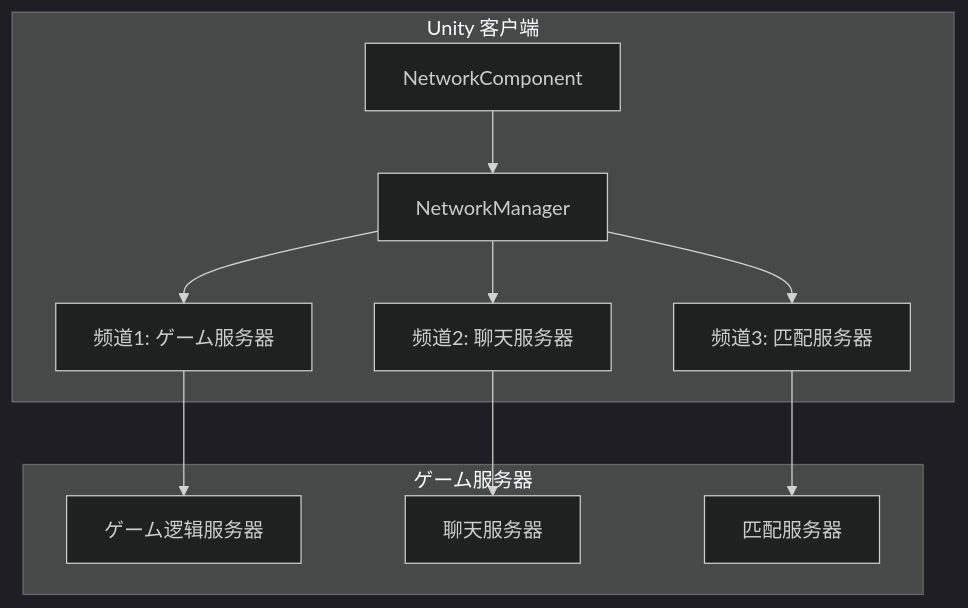
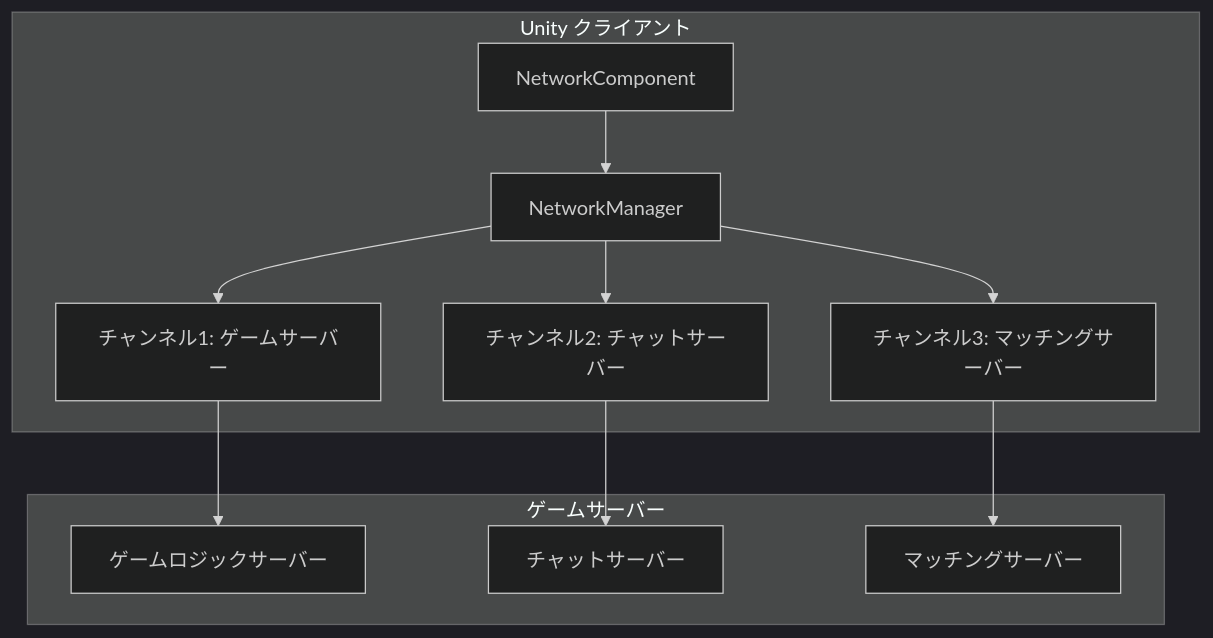
One commit to AlianBlank/GameFrameX.Docs changed the seventh of 7 diagrams in docs/ja/client/unity/component/network/01.overview.md. Above: the diagram before and after it, drawn with Mermaid (dark theme). The commit also changed other lines of this file and 320 other files, not shown here.

````diff
--- a/docs/ja/client/unity/component/network/01.overview.md
+++ b/docs/ja/client/unity/component/network/01.overview.md
@@ -335,24 +335,24 @@
 ```mermaid
 flowchart TD
-    subgraph Client["Unity 客户端"]
+    subgraph Client["Unity クライアント"]
         NC[NetworkComponent]
         NM[NetworkManager]
-        NC1[频道1: ゲーム服务器]
-        NC2[频道2: 聊天服务器]
-        NC3[频道3: 匹配服务器]
+        NC1[チャンネル1: ゲームサーバー]
+        NC2[チャンネル2: チャットサーバー]
+        NC3[チャンネル3: マッチングサーバー]
     end
     
-    subgraph Server["ゲーム服务器"]
-        GS[ゲーム逻辑服务器]
-        CS[聊天服务器]
-        MS[匹配服务器]
+    subgraph Server["ゲームサーバー"]
+        GS[ゲームロジックサーバー]
+        CS[チャットサーバー]
+        MS[マッチングサーバー]
     end
     
     NC --> NM
     NM --> NC1
     NM --> NC2
     NM --> NC3
     NC1 --> GS
     NC2 --> CS
     NC3 --> MS
 ```
````
